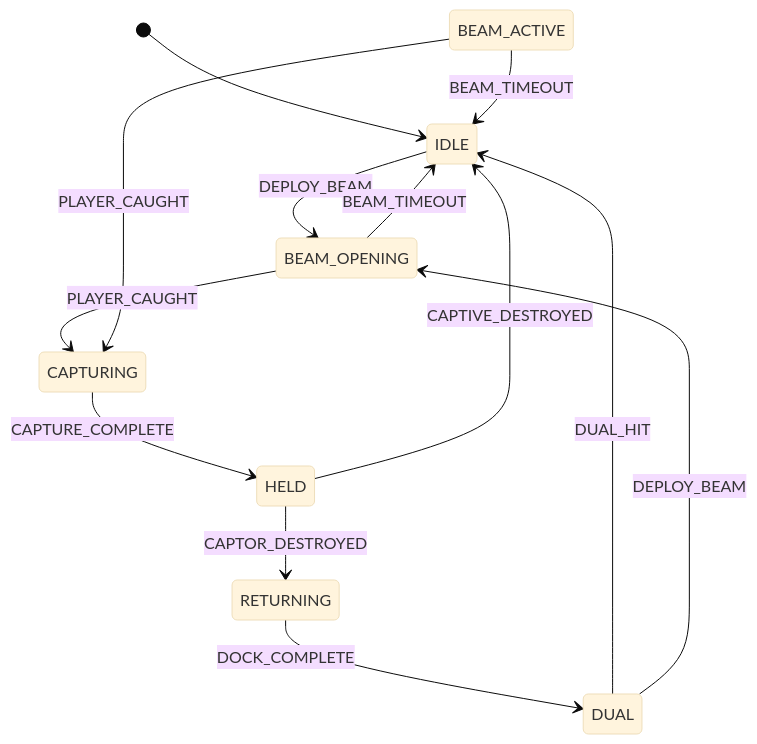
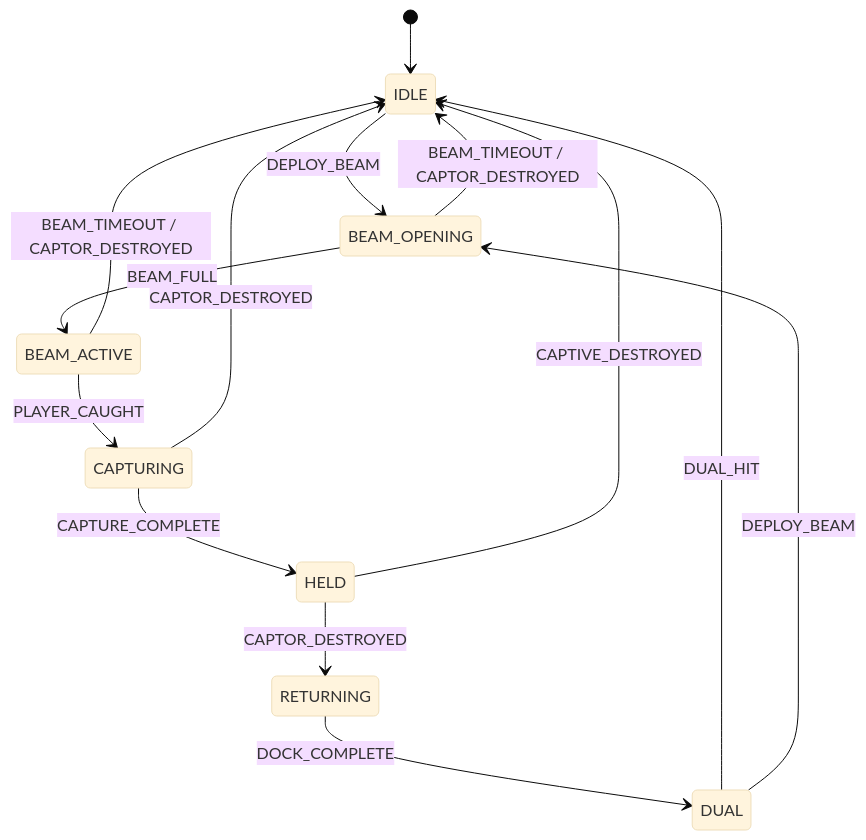
The third of 3 diagrams in docs/ARCHITECTURE.md (jdardash/alien-escape), drawn with Mermaid (base theme) before and after one commit. The commit also changed other lines of this file, not shown here.

Commit message:
docs: bring ARCHITECTURE.md to the pass-6 machines

````diff
--- a/docs/ARCHITECTURE.md
+++ b/docs/ARCHITECTURE.md
@@ -291,15 +332,16 @@
 ```mermaid
 stateDiagram-v2
     [*] --> IDLE
     IDLE --> BEAM_OPENING: DEPLOY_BEAM
-    BEAM_OPENING --> CAPTURING: PLAYER_CAUGHT
-    BEAM_OPENING --> IDLE: BEAM_TIMEOUT
+    BEAM_OPENING --> BEAM_ACTIVE: BEAM_FULL
+    BEAM_OPENING --> IDLE: BEAM_TIMEOUT / CAPTOR_DESTROYED
     BEAM_ACTIVE --> CAPTURING: PLAYER_CAUGHT
-    BEAM_ACTIVE --> IDLE: BEAM_TIMEOUT
+    BEAM_ACTIVE --> IDLE: BEAM_TIMEOUT / CAPTOR_DESTROYED
     CAPTURING --> HELD: CAPTURE_COMPLETE
+    CAPTURING --> IDLE: CAPTOR_DESTROYED
     HELD --> RETURNING: CAPTOR_DESTROYED
     HELD --> IDLE: CAPTIVE_DESTROYED
     RETURNING --> DUAL: DOCK_COMPLETE
     DUAL --> IDLE: DUAL_HIT
     DUAL --> BEAM_OPENING: DEPLOY_BEAM
 ```
````
